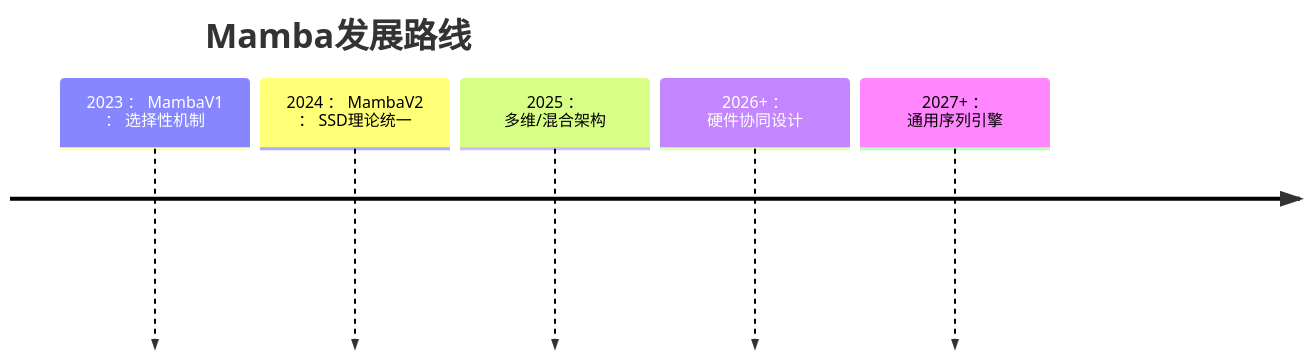
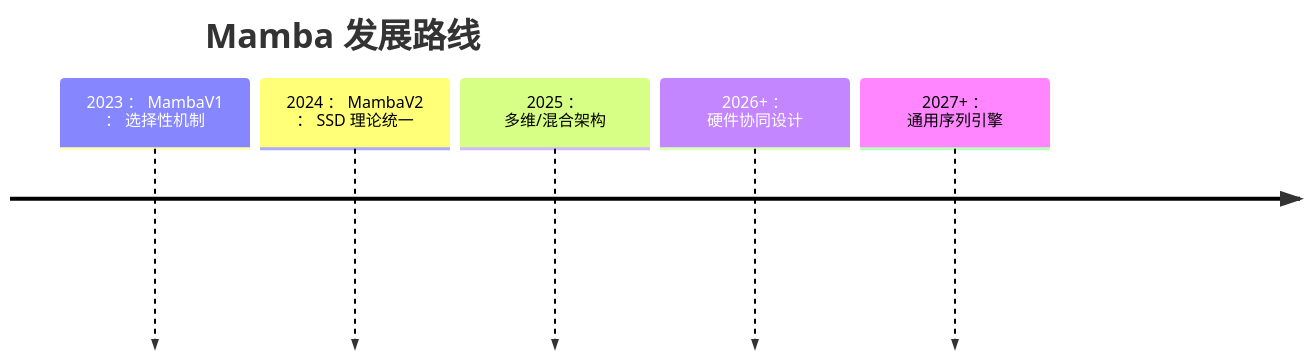
Before and after one commit to shawninhk/aiinfra: the fourth of 4 diagrams in 06AlgoData/03NewArch/07Mamba_V2.md, drawn with Mermaid. The commit also changed other lines of this file and 92 other files, not shown here.

````diff
--- a/06AlgoData/03NewArch/07Mamba_V2.md
+++ b/06AlgoData/03NewArch/07Mamba_V2.md
@@ -254,9 +254,9 @@
 ```mermaid
 timeline
-    title Mamba发展路线
+    title Mamba 发展路线
     2023 ： MambaV1 ： 选择性机制
-    2024 ： MambaV2 ： SSD理论统一
+    2024 ： MambaV2 ： SSD 理论统一
     2025 ： 多维/混合架构
     2026+ ： 硬件协同设计
     2027+ ： 通用序列引擎
 ```
````
